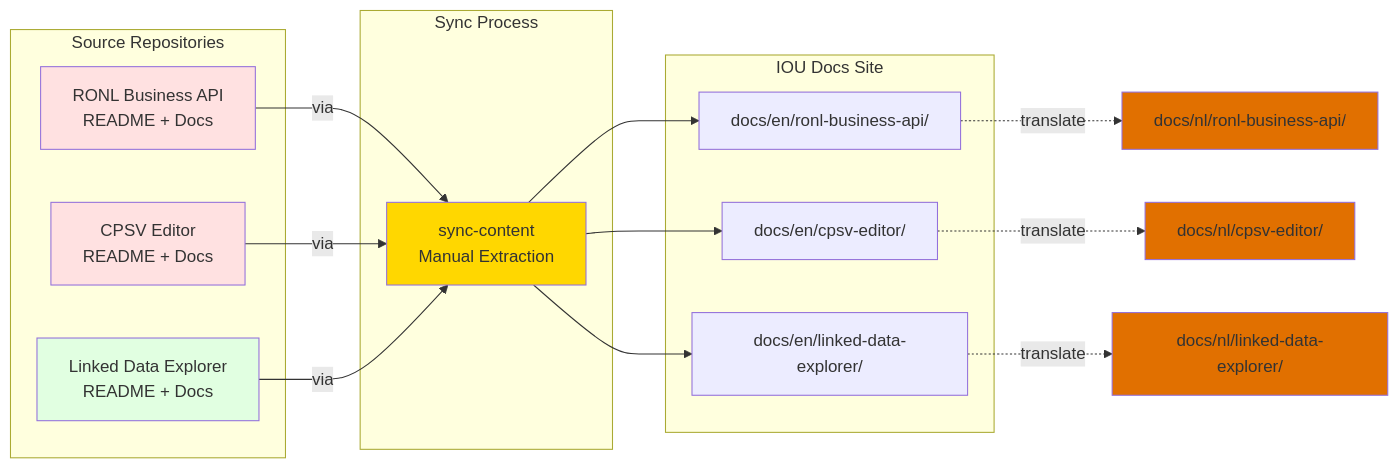
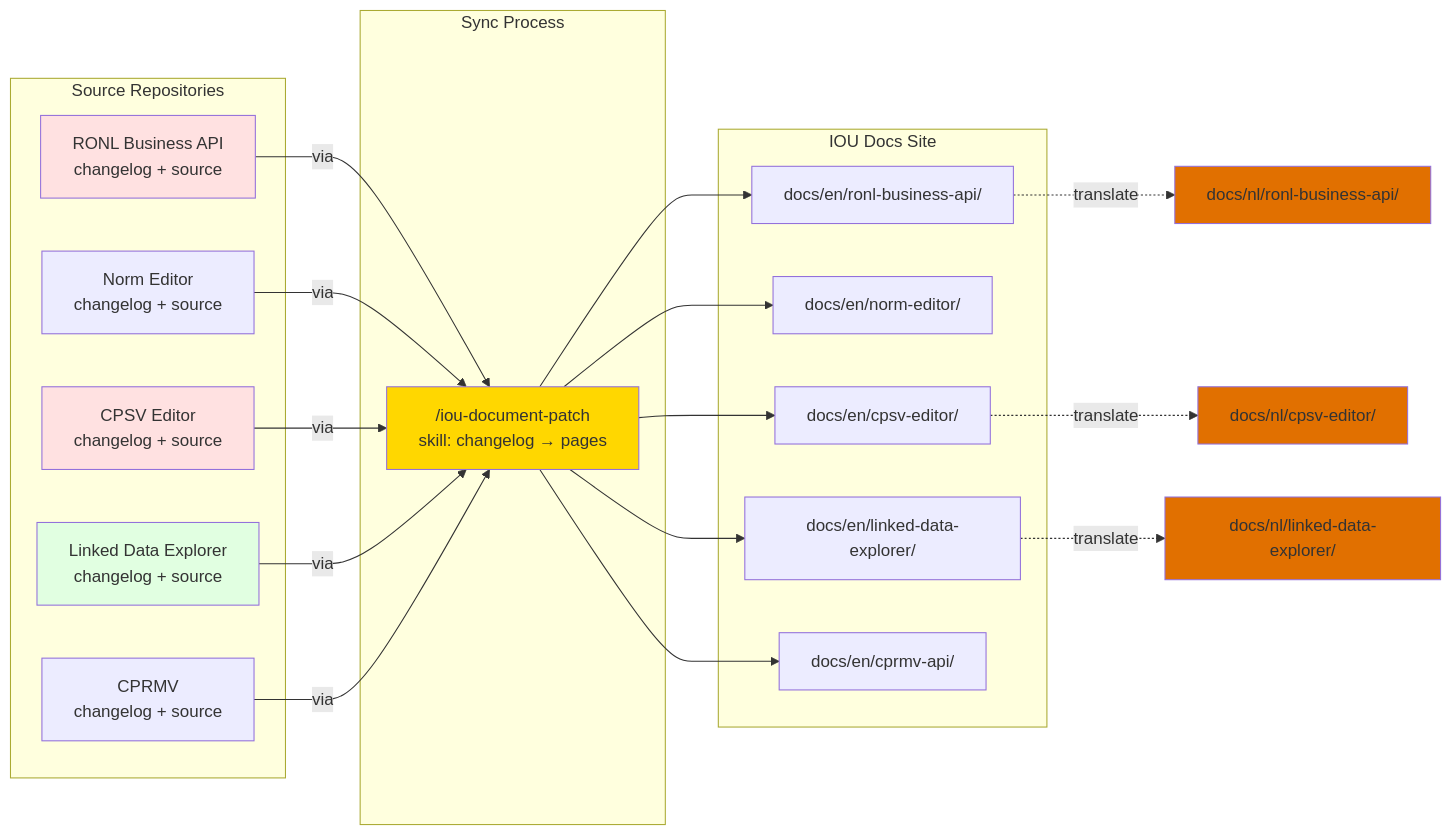
One commit to sgort/iou-architectuur changed the second of 2 diagrams in docs/en/contributing/doc-architecture/overview.md. Above: the diagram before and after it, drawn with Mermaid. The commit also changed other lines of this file and 21 other files, not shown here.

````diff
--- a/docs/en/contributing/doc-architecture/overview.md
+++ b/docs/en/contributing/doc-architecture/overview.md
@@ -76,38 +90,46 @@
 ```mermaid
 graph LR
     subgraph "Source Repositories"
-        SRC_RONL[RONL Business API<br/>README + Docs]
-        SRC_CPSV[CPSV Editor<br/>README + Docs]
-        SRC_LDE[Linked Data Explorer<br/>README + Docs]
+        SRC_RONL[RONL Business API<br/>changelog + source]
+        SRC_NORM[Norm Editor<br/>changelog + source]
+        SRC_CPSV[CPSV Editor<br/>changelog + source]
+        SRC_LDE[Linked Data Explorer<br/>changelog + source]
+        SRC_CPRMV[CPRMV<br/>changelog + source]
     end
 
     subgraph "Sync Process"
-        SCRIPT[sync-content<br/>Manual Extraction]
+        SCRIPT["/iou-document-patch<br/>skill: changelog → pages"]
     end
 
     subgraph "IOU Docs Site"
         DOC_RONL[docs/en/ronl-business-api/]
+        DOC_NORM[docs/en/norm-editor/]
         DOC_CPSV[docs/en/cpsv-editor/]
         DOC_LDE[docs/en/linked-data-explorer/]
+        DOC_CPRMV[docs/en/cprmv-api/]
     end
 
     SRC_RONL -->|via| SCRIPT
+    SRC_NORM -->|via| SCRIPT
     SRC_CPSV -->|via| SCRIPT
     SRC_LDE -->|via| SCRIPT
+    SRC_CPRMV -->|via| SCRIPT
 
     SCRIPT --> DOC_RONL
+    SCRIPT --> DOC_NORM
     SCRIPT --> DOC_CPSV
     SCRIPT --> DOC_LDE
+    SCRIPT --> DOC_CPRMV
 
     DOC_RONL -.translate.-> NL_RONL[docs/nl/ronl-business-api/]
     DOC_CPSV -.translate.-> NL_CPSV[docs/nl/cpsv-editor/]
     DOC_LDE -.translate.-> NL_LDE[docs/nl/linked-data-explorer/]
 
     style SRC_RONL fill:#ffe1e1
     style SRC_CPSV fill:#ffe1e1
     style SRC_LDE fill:#e1ffe1
     style SCRIPT fill:#ffd700
     style NL_RONL fill:#e17000
     style NL_CPSV fill:#e17000
     style NL_LDE fill:#e17000
 ```
````
